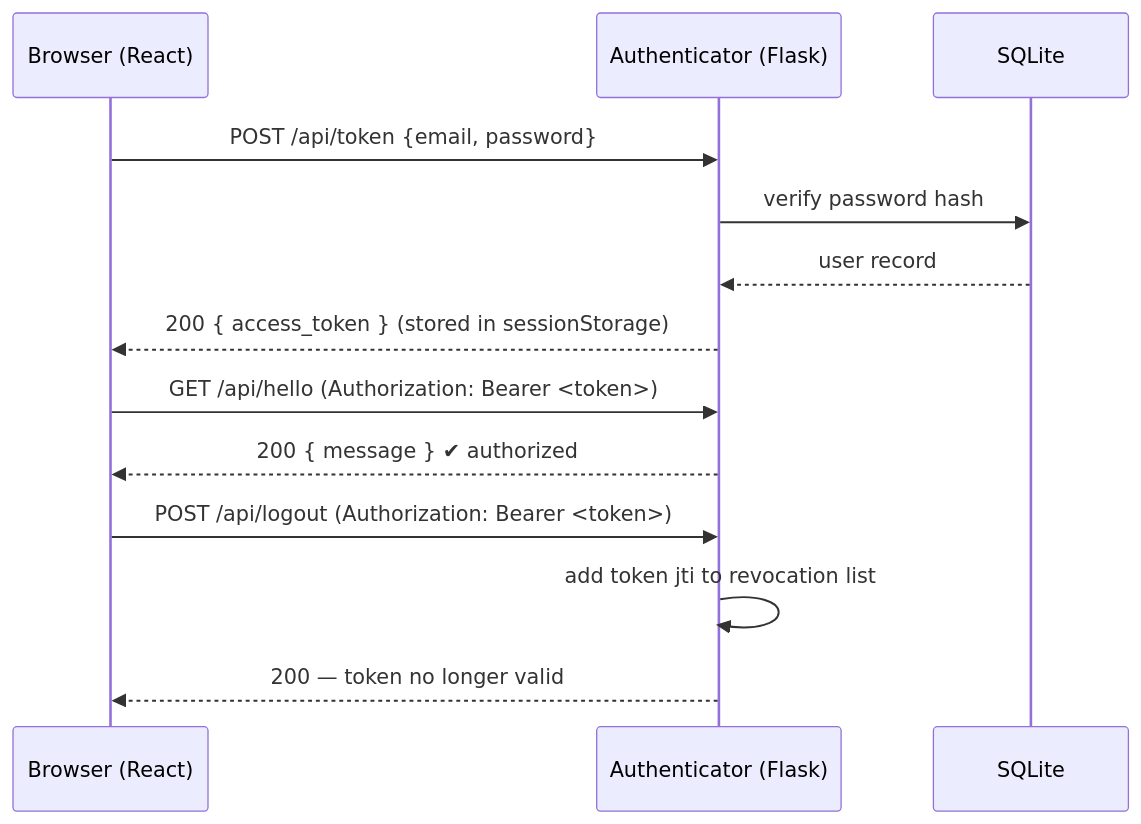
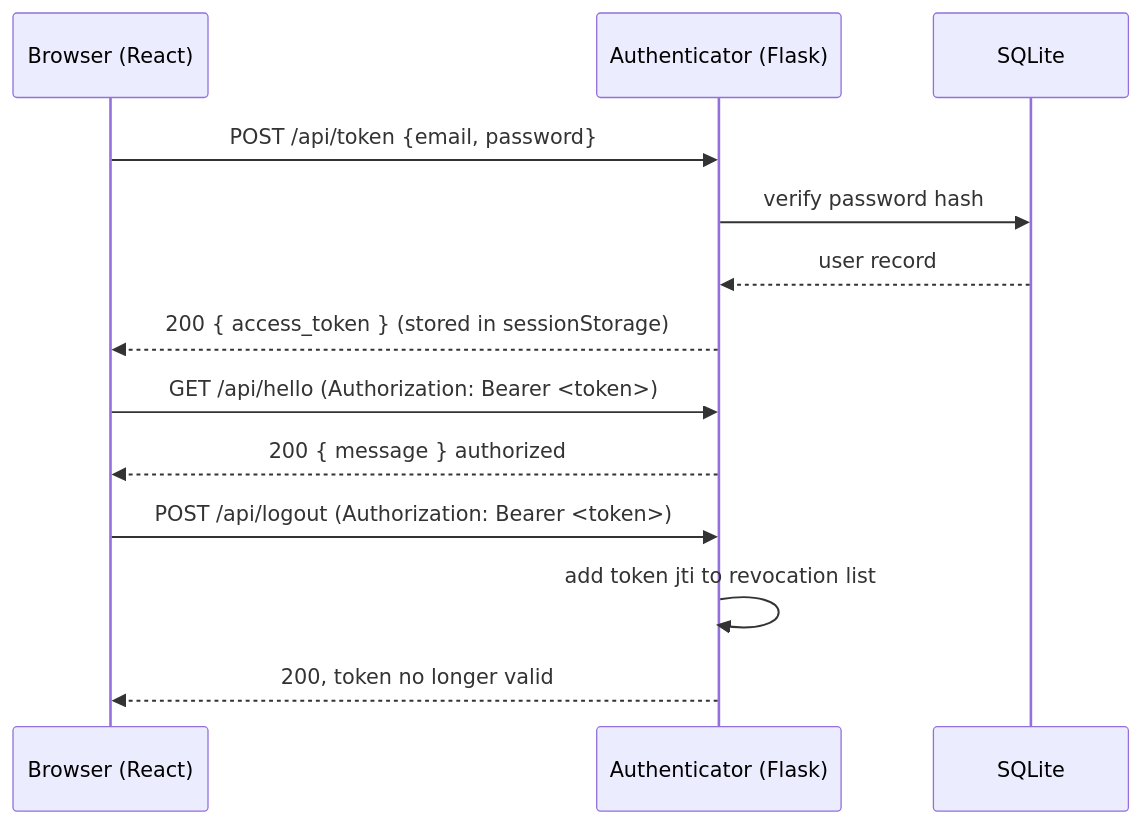
The second of 2 diagrams in README.md (GagandeepS017/privacy-preservation-public-cloud), drawn with Mermaid before and after one commit. The commit also changed other lines of this file and 8 other files, not shown here.

````diff
--- a/README.md
+++ b/README.md
@@ -59,15 +55,15 @@
 ```mermaid
 sequenceDiagram
     participant B as Browser (React)
     participant S as Authenticator (Flask)
     participant DB as SQLite
     B->>S: POST /api/token {email, password}
     S->>DB: verify password hash
     DB-->>S: user record
     S-->>B: 200 { access_token }  (stored in sessionStorage)
     B->>S: GET /api/hello  (Authorization: Bearer <token>)
-    S-->>B: 200 { message } ✔ authorized
+    S-->>B: 200 { message }  authorized
     B->>S: POST /api/logout (Authorization: Bearer <token>)
     S->>S: add token jti to revocation list
-    S-->>B: 200 — token no longer valid
+    S-->>B: 200, token no longer valid
 ```
````
